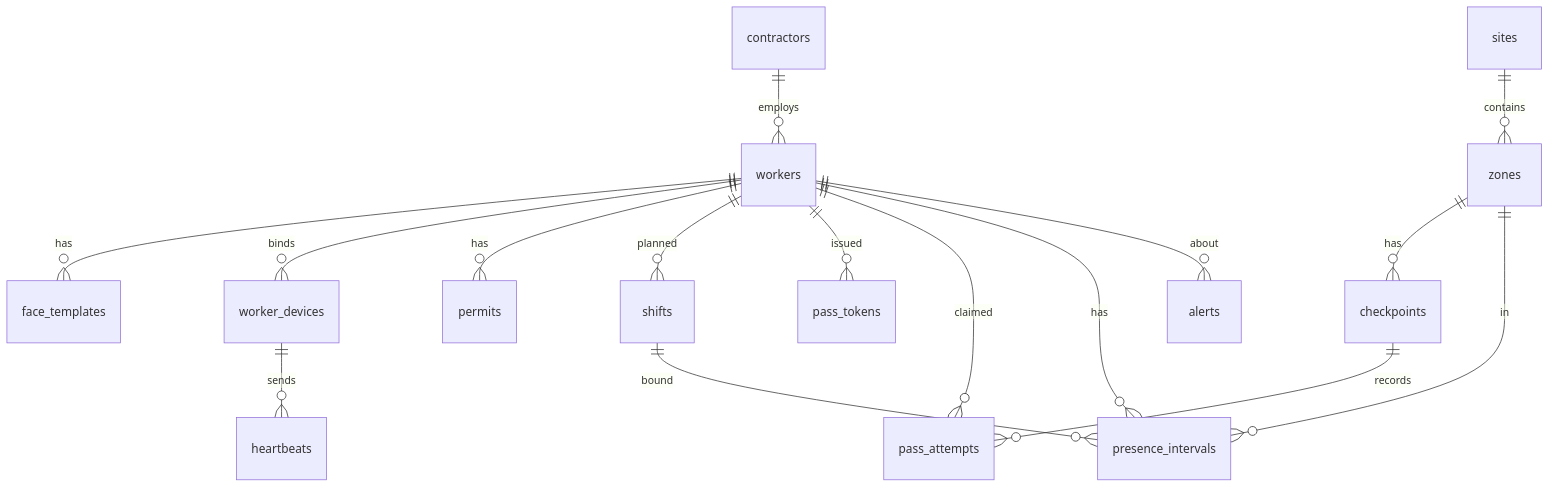
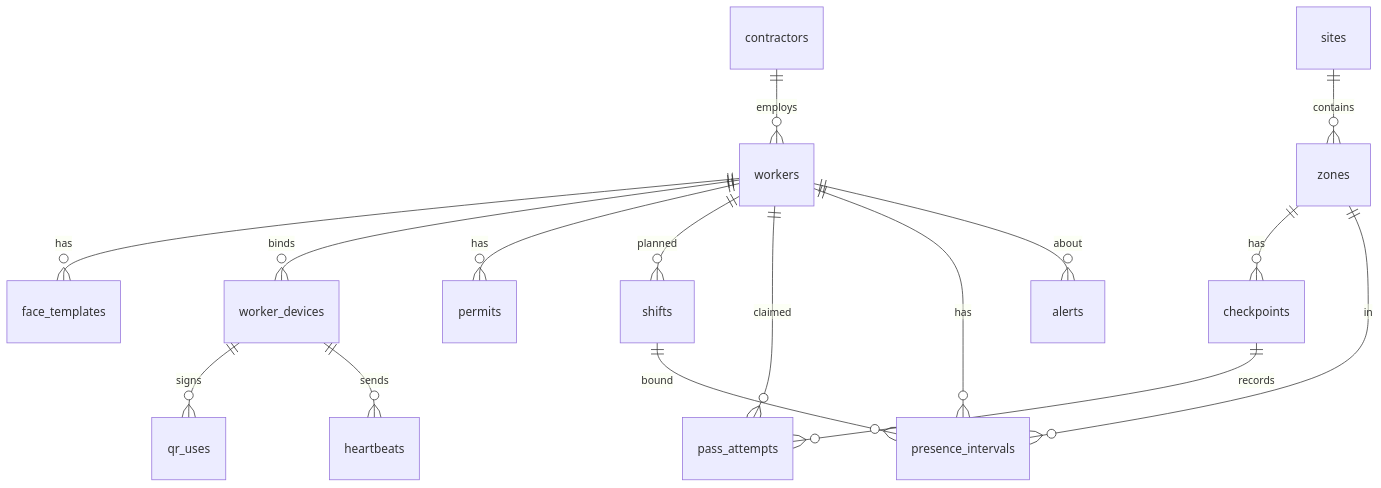
The third of 3 diagrams in proxodnaya/docs/ARCHITECTURE.md (Digital-Hustle/sber-hack), drawn with Mermaid before and after one commit. The commit also changed other lines of this file and 23 other files, not shown here.

````diff
--- a/proxodnaya/docs/ARCHITECTURE.md
+++ b/proxodnaya/docs/ARCHITECTURE.md
@@ -107,18 +110,18 @@
 ```mermaid
 erDiagram
   contractors ||--o{ workers : employs
   workers ||--o{ face_templates : has
   workers ||--o{ worker_devices : binds
   workers ||--o{ permits : has
   workers ||--o{ shifts : planned
   sites ||--o{ zones : contains
   zones ||--o{ checkpoints : has
-  workers ||--o{ pass_tokens : issued
+  worker_devices ||--o{ qr_uses : signs
   checkpoints ||--o{ pass_attempts : records
   workers ||--o{ pass_attempts : claimed
   workers ||--o{ presence_intervals : has
   zones ||--o{ presence_intervals : in
   shifts ||--o{ presence_intervals : bound
   worker_devices ||--o{ heartbeats : sends
   workers ||--o{ alerts : about
 ```
````
